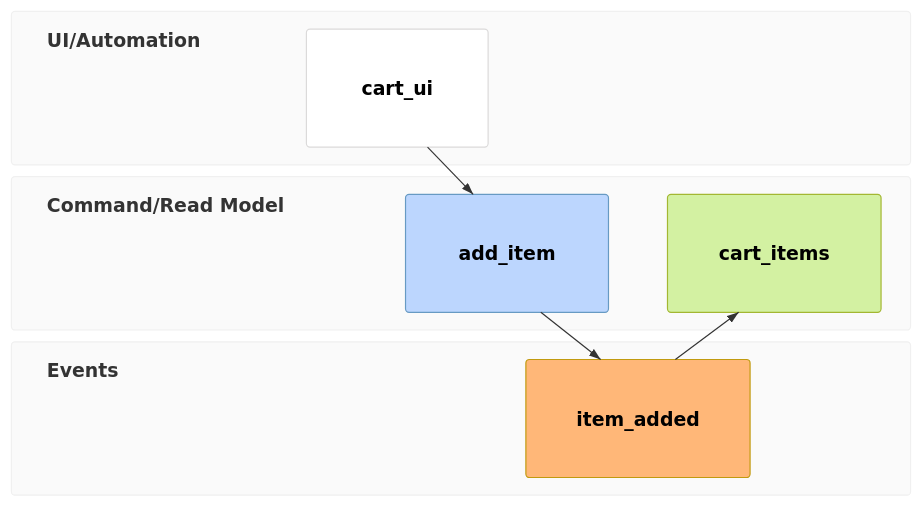
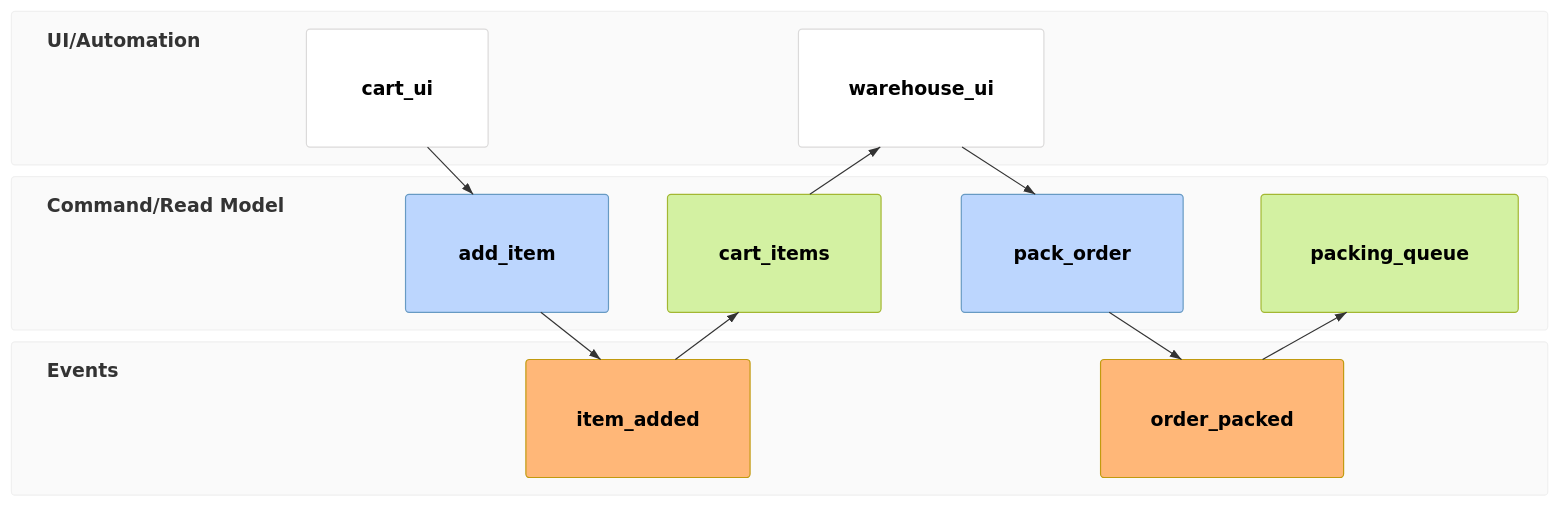
The diagram in docs/contracts/configuration-rendering/sources/eventmodeling.mmd (szpak-dev/mermaiden), drawn with Mermaid before and after one commit. The commit also changed 107 other files, not shown here.

```diff
--- a/docs/contracts/configuration-rendering/sources/eventmodeling.mmd
+++ b/docs/contracts/configuration-rendering/sources/eventmodeling.mmd
@@ -1,10 +1,14 @@
 ---
 config:
   wrap: true
-  eventmodeling: {"useWidth": 0.0, "useMaxWidth": true, "padding": 30.0, "rowHeight": 32.0}
+  eventmodeling: {"useWidth": 960.0, "useMaxWidth": true, "padding": 30.0, "rowHeight": 32.0}
 ---
 eventmodeling
 tf 01 ui cart_ui
 tf 02 cmd add_item
 tf 03 evt item_added
 tf 04 rmo cart_items
+tf 05 ui warehouse_ui
+tf 06 cmd pack_order
+tf 07 evt order_packed
+tf 08 rmo packing_queue
```
